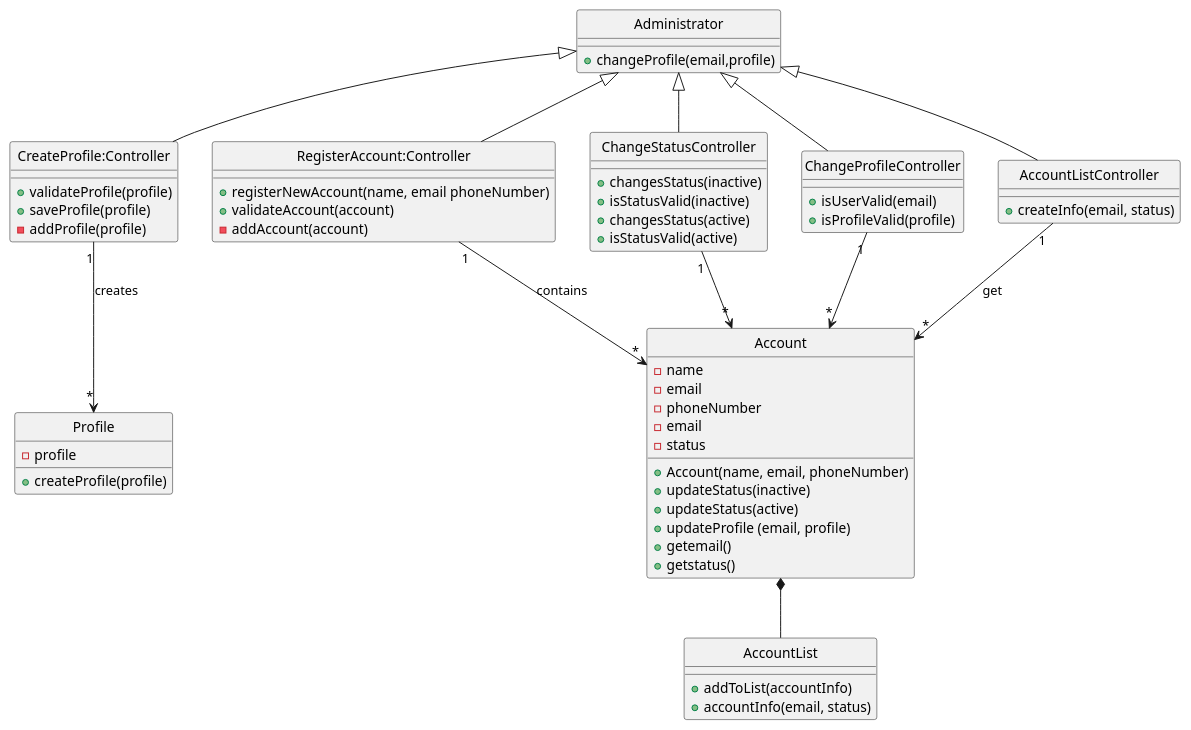
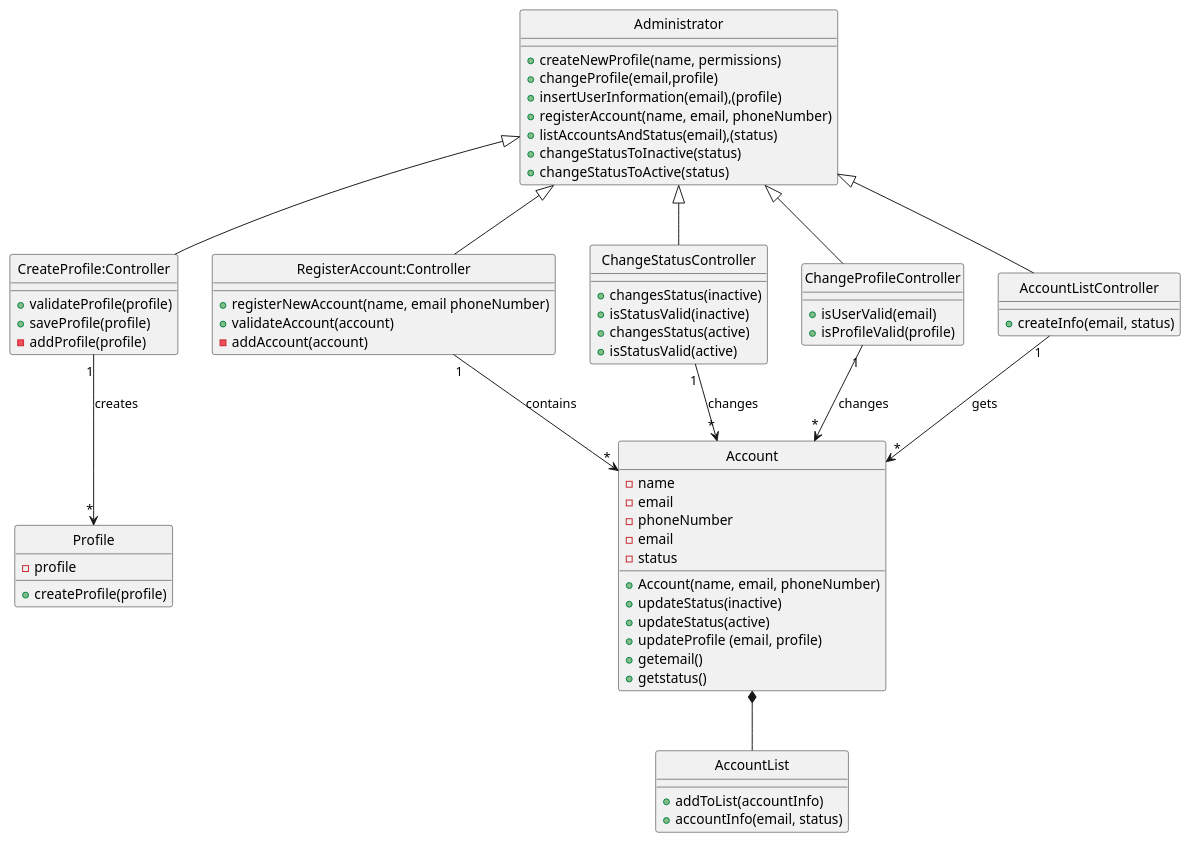
The diagram in docs/modelling_design/user_stories/Class_Diagram.puml (Loracline/project_switch_22-23), drawn with PlantUML before and after one commit.

Commit message:
US 001-006: Design: added Class Diagram

```diff
--- a/docs/modelling_design/user_stories/Class_Diagram.puml
+++ b/docs/modelling_design/user_stories/Class_Diagram.puml
@@ -1,94 +1,88 @@
 @startuml
 class Administrator{
++createNewProfile(name, permissions)
++changeProfile(email,profile)
++insertUserInformation(email),(profile)
++registerAccount(name, email, phoneNumber)
++listAccountsAndStatus(email),(status)
++changeStatusToInactive(status)
++changeStatusToActive(status)
 }
 class Profile{
 -profile
 +createProfile(profile)
-}
-class "CreateProfile:Controller" {
-+validateProfile(profile)
-+saveProfile(profile)
--addProfile(profile)
-}
-
-class "RegisterAccount:Controller" {
-+registerNewAccount(name, email phoneNumber)
-+validateAccount(account)
--addAccount(account)
 }
 class Account {
 -name
 -email
 -phoneNumber
 +Account(name, email, phoneNumber)
++ updateStatus(inactive)
++ updateStatus(active)
++ updateProfile (email, profile)
+-email
+-status
++getemail()
++getstatus()
 }
 
+class "CreateProfile:Controller" {
++validateProfile(profile)
++saveProfile(profile)
+-addProfile(profile)
+}
+class "RegisterAccount:Controller" {
++registerNewAccount(name, email phoneNumber)
++validateAccount(account)
+-addAccount(account)
+}
 class ChangeStatusController{
 +changesStatus(inactive)
 +isStatusValid(inactive)
 +changesStatus(active)
 +isStatusValid(active)
 }
-class Account{
-+ updateStatus(inactive)
-+ updateStatus(active)
-}
 class ChangeProfileController {
 +isUserValid(email)
 +isProfileValid(profile)
 }
-
-class Administrator {
-+changeProfile(email,profile)
-}
-
-class Account{
-+ updateProfile (email, profile)
-}
-
-class Account{
--email
--status
-+getemail()
-+getstatus()
-
-}
 class "AccountListController" {
 +createInfo(email, status)
 }
+
 class AccountList{
 +addToList(accountInfo)
 +accountInfo(email, status)
 }
 
 hide Profile circle
 hide "CreateProfile:Controller" circle
 hide Administrator circle
 hide "RegisterAccount:Controller" circle
 hide Account circle
 hide ChangeStatusController circle
 hide Account circle
 hide ChangeStatusController circle
 hide Account circle
 hide ChangeProfileController circle
 hide Account circle
 hide Administrator circle
 hide "Account" circle
 hide "AccountList" circle
 hide "AccountListController" circle
 
 Administrator <|-- "CreateProfile:Controller"
 Administrator <|-- "RegisterAccount:Controller"
 Administrator <|-- ChangeStatusController
 Administrator <|-- ChangeProfileController
 Administrator <|-- "AccountListController"
 
 "CreateProfile:Controller" "1" --> "*" Profile: creates
 "RegisterAccount:Controller" "1" --> "*" Account: contains
-ChangeStatusController "1" -->"*"Account
-ChangeProfileController "1" -->"*"Account
-"AccountListController" "1" --> "*" Account: get
+ChangeStatusController "1" -->"*"Account: changes
+ChangeProfileController "1" -->"*"Account: changes
+"AccountListController" "1" --> "*" Account: gets
 Account *-- AccountList
 
 
 @enduml
```
